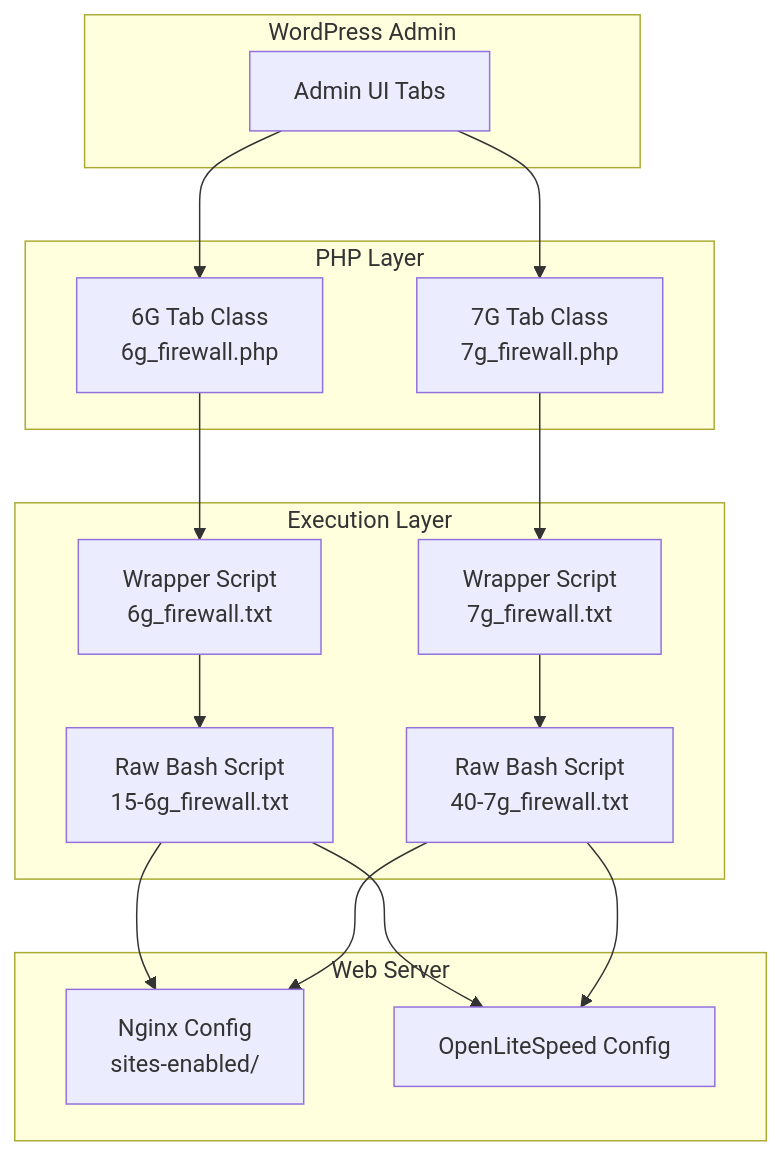
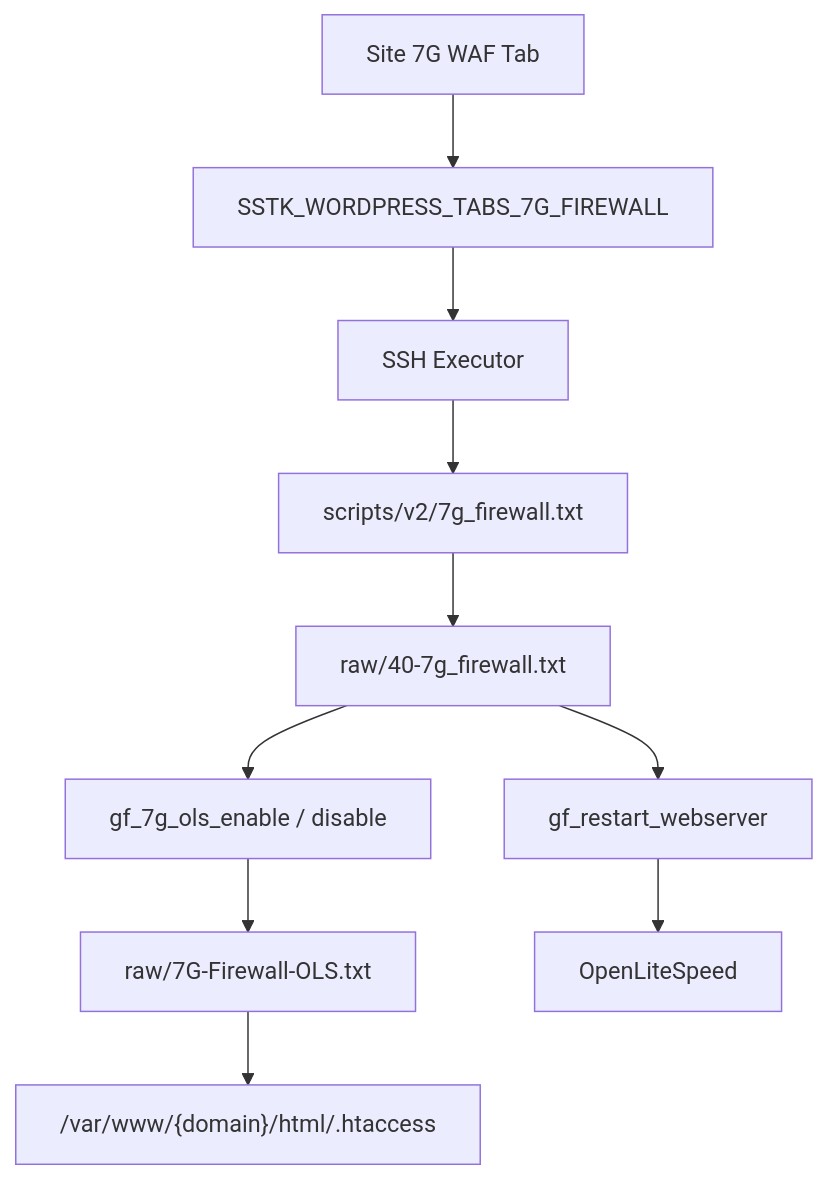
Before and after one commit to onedogsolutions/simple-stack: the first of 2 diagrams in .qoder/repowiki/en/content/Operational Tools/Security Hardening Tools/Firewall Management.md, drawn with Mermaid. The commit also changed other lines of this file and 5941 other files, not shown here.

````diff
--- a/.qoder/repowiki/en/content/Operational Tools/Security Hardening Tools/Firewall Management.md
+++ b/.qoder/repowiki/en/content/Operational Tools/Security Hardening Tools/Firewall Management.md
@@ -39,28 +49,12 @@
 ```mermaid
 graph TB
-subgraph "WordPress Admin"
-UI["Admin UI Tabs"]
-end
-subgraph "PHP Layer"
-T6["6G Tab Class<br/>6g_firewall.php"]
-T7["7G Tab Class<br/>7g_firewall.php"]
-end
-subgraph "Execution Layer"
-S6["Wrapper Script<br/>6g_firewall.txt"]
-S7["Wrapper Script<br/>7g_firewall.txt"]
-R6["Raw Bash Script<br/>15-6g_firewall.txt"]
-R7["Raw Bash Script<br/>40-7g_firewall.txt"]
-end
-subgraph "Web Server"
-NGINX["Nginx Config<br/>sites-enabled/<domain>"]
-OLS["OpenLiteSpeed Config"]
-end
-UI --> T6
-UI --> T7
-T6 --> S6 --> R6
-T7 --> S7 --> R7
-R6 --> NGINX
-R6 --> OLS
-R7 --> NGINX
-R7 --> OLS
+    UI["Site 7G WAF Tab"] --> Tab["SSTK_WORDPRESS_TABS_7G_FIREWALL"]
+    Tab --> SSH["SSH Executor"]
+    SSH --> Wrapper["scripts/v2/7g_firewall.txt"]
+    Wrapper --> Raw["raw/40-7g_firewall.txt"]
+    Raw --> Helpers["gf_7g_ols_enable / disable"]
+    Helpers --> Rules["raw/7G-Firewall-OLS.txt"]
+    Rules --> HTAccess["/var/www/{domain}/html/.htaccess"]
+    Raw --> Restart["gf_restart_webserver"]
+    Restart --> OLS["OpenLiteSpeed"]
 ```
````
